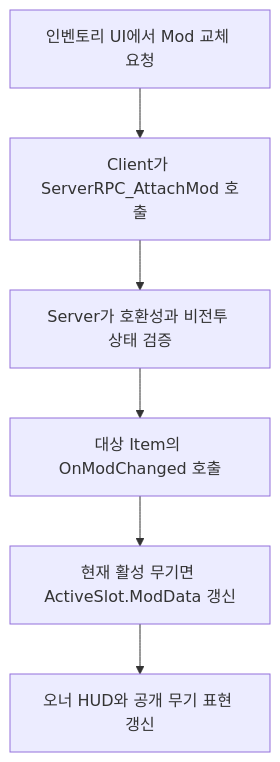
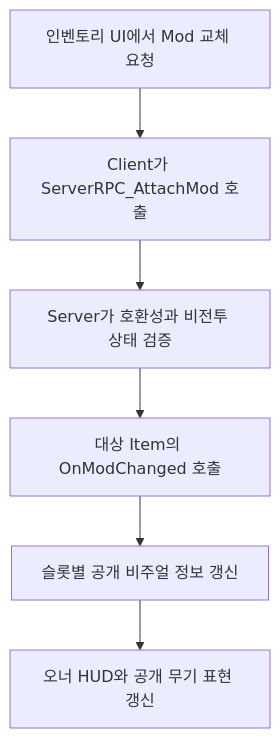
The third of 4 diagrams in Docs/[시스템 기획] 무기_장비.md (TeamApoc/ProjectR), drawn with Mermaid before and after one commit. The commit also changed other lines of this file and 18 other files, not shown here.

````diff
--- a/Docs/[시스템 기획] 무기_장비.md
+++ b/Docs/[시스템 기획] 무기_장비.md
@@ -220,8 +225,8 @@
 ```mermaid
 flowchart TD
     A[인벤토리 UI에서 Mod 교체 요청] --> B[Client가 ServerRPC_AttachMod 호출]
     B --> C[Server가 호환성과 비전투 상태 검증]
     C --> D[대상 Item의 OnModChanged 호출]
-    D --> E[현재 활성 무기면 ActiveSlot.ModData 갱신]
+    D --> E[슬롯별 공개 비주얼 정보 갱신]
     E --> F[오너 HUD와 공개 무기 표현 갱신]
 ```
````
